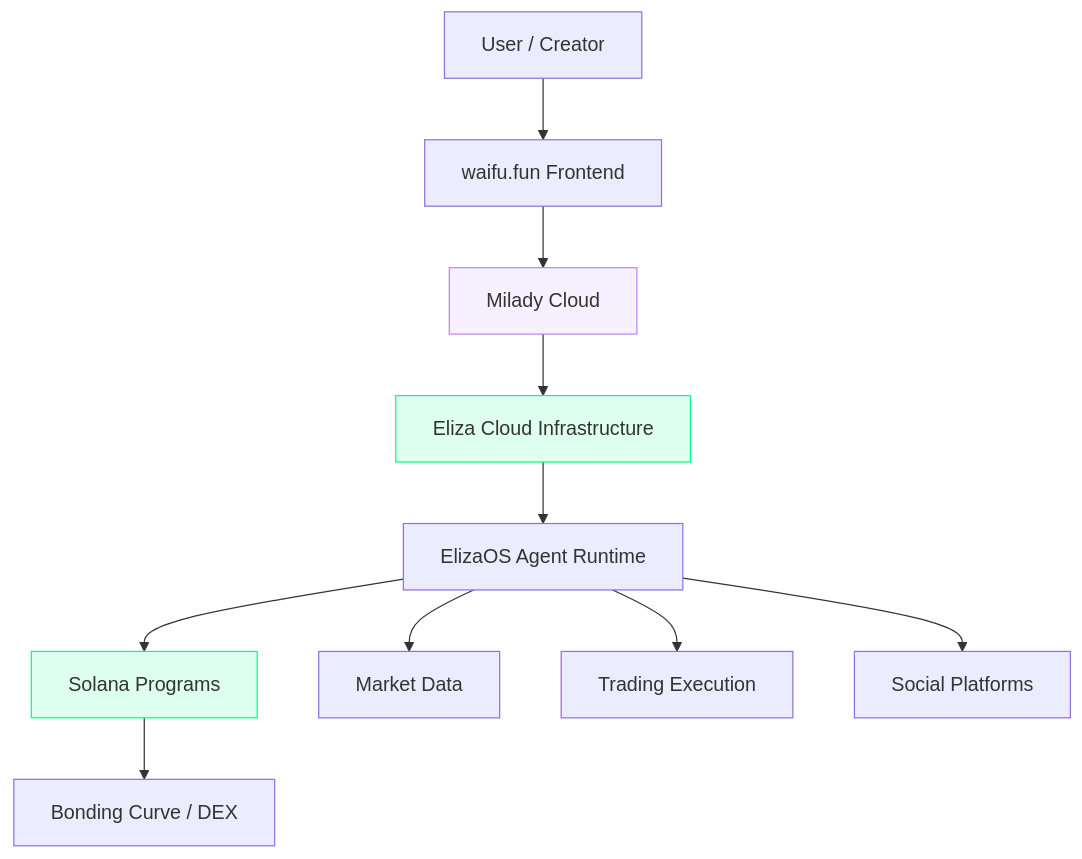
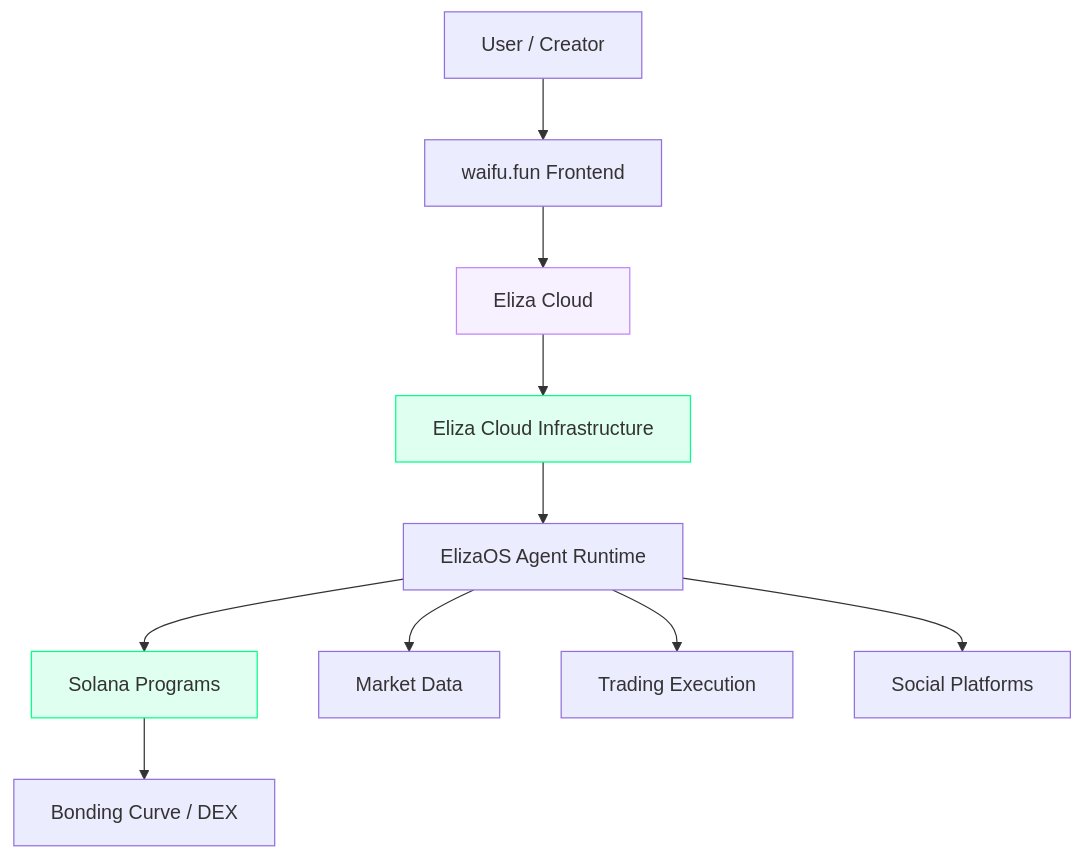
Before and after one commit to waifufun/waifu.fun: the first of 2 diagrams in docs/architecture.mdx, drawn with Mermaid. The commit also changed other lines of this file and 52 other files, not shown here.

````diff
--- a/docs/architecture.mdx
+++ b/docs/architecture.mdx
@@ -12,17 +12,17 @@
 ```mermaid
 graph TD
     A[User / Creator] --> B[waifu.fun Frontend]
-    B --> C[Milady Cloud]
+    B --> C[Eliza Cloud]
     C --> D[Eliza Cloud Infrastructure]
     D --> E[ElizaOS Agent Runtime]
     E --> F[Solana Programs]
     F --> G[Bonding Curve / DEX]
     
     E --> H[Market Data]
     E --> I[Trading Execution]
     E --> J[Social Platforms]
     
     style C fill:#c084fc20,stroke:#c084fc
     style D fill:#00ff8720,stroke:#00ff87
     style F fill:#00ff8720,stroke:#00ff87
 ```
````
